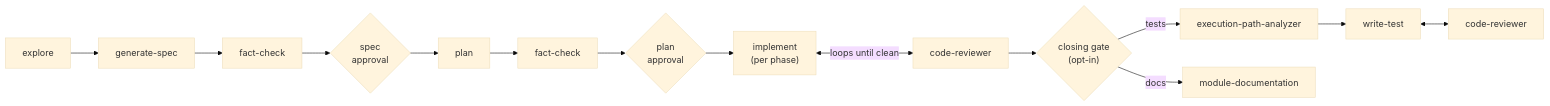
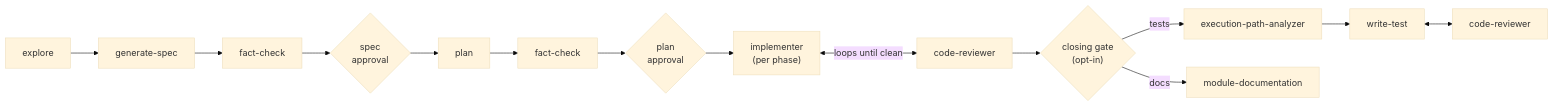
The first of 3 diagrams in README.md (diepquynh/ultracode), drawn with Mermaid (base theme) before and after one commit. The commit also changed other lines of this file and 51 other files, not shown here.

````diff
--- a/README.md
+++ b/README.md
@@ -75,8 +75,8 @@
 ```mermaid
 flowchart LR
-    E["explore"] --> S["generate-spec"] --> F1["fact-check"] --> A1{"spec<br/>approval"} --> P["plan"] --> F2["fact-check"] --> A2{"plan<br/>approval"} --> I["implement<br/>(per phase)"]
+    E["explore"] --> S["generate-spec"] --> F1["fact-check"] --> A1{"spec<br/>approval"} --> P["plan"] --> F2["fact-check"] --> A2{"plan<br/>approval"} --> I["implementer<br/>(per phase)"]
     I <-- "loops until clean" --> R["code-reviewer"]
     R --> C{"closing gate<br/>(opt-in)"}
     C -- tests --> X["execution-path-analyzer"] --> W["write-test"] <--> R2["code-reviewer"]
     C -- docs --> D["module-documentation"]
 ```
````
